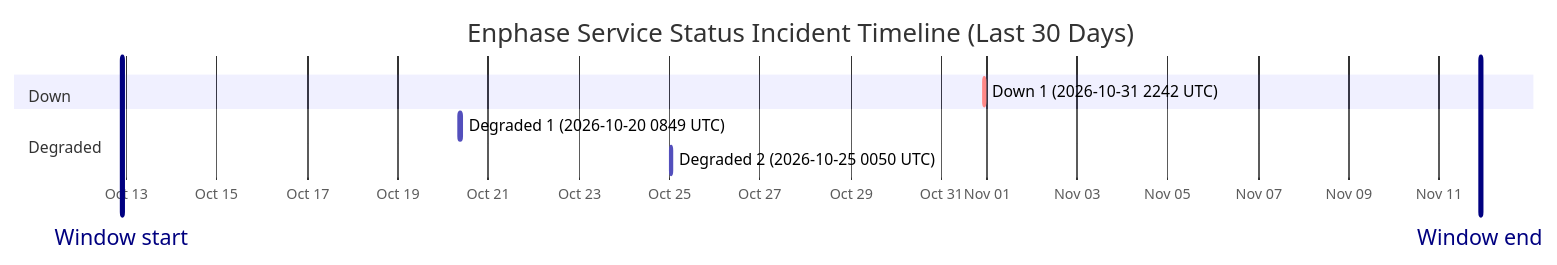
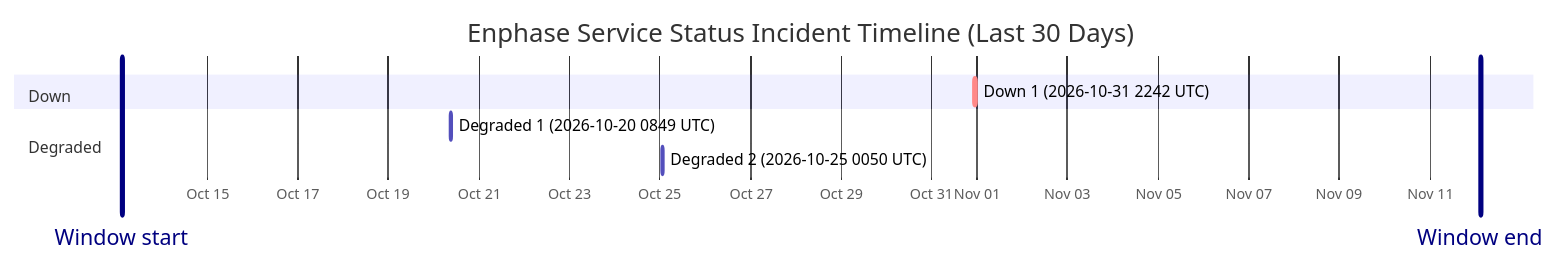
One commit to barneyonline/ha-enphase-energy changed the diagram in wiki/Service-Status-History.md. Above: the diagram before and after it, drawn with Mermaid. The commit also changed other lines of this file and 3 other files, not shown here.

````diff
--- a/wiki/Service-Status-History.md
+++ b/wiki/Service-Status-History.md
@@ -14,13 +14,13 @@
 ```mermaid
 gantt
     title Enphase Service Status Incident Timeline (Last 30 Days)
     dateFormat  YYYY-MM-DDTHH:mm:ss
     axisFormat  %b %d
-    Window start :vert, window-start, 2026-10-12T21:43:55, 0ms
-    Window end :vert, window-end, 2026-11-11T21:43:55, 0ms
+    Window start :vert, window-start, 2026-10-13T02:41:12, 0ms
+    Window end :vert, window-end, 2026-11-12T02:41:12, 0ms
     section Down
     Down 1 (2026-10-31 2242 UTC) :crit, down-1, 2026-10-31T22:42:18, 60m
     section Degraded
     Degraded 1 (2026-10-20 0849 UTC) :active, degraded-1, 2026-10-20T08:49:49, 60m
     Degraded 2 (2026-10-25 0050 UTC) :active, degraded-2, 2026-10-25T00:50:01, 60m
 ```
````
